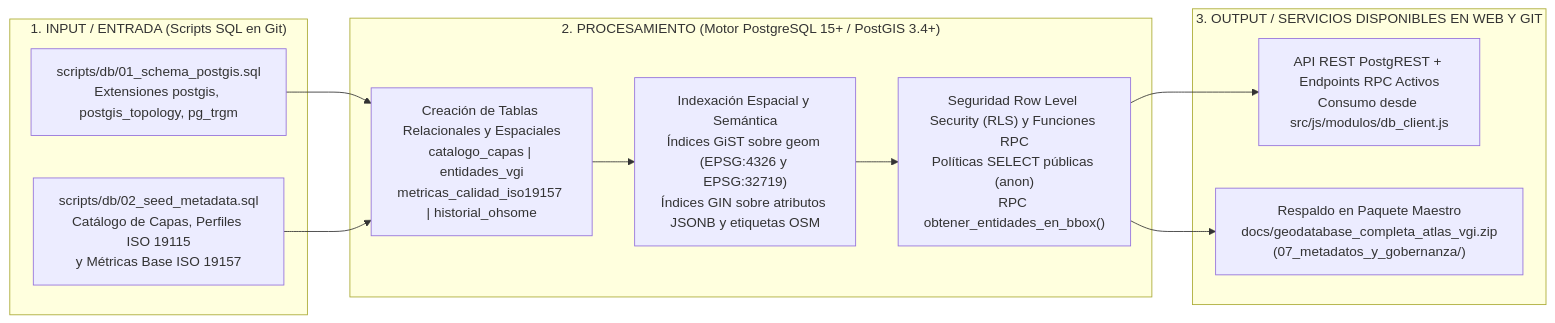
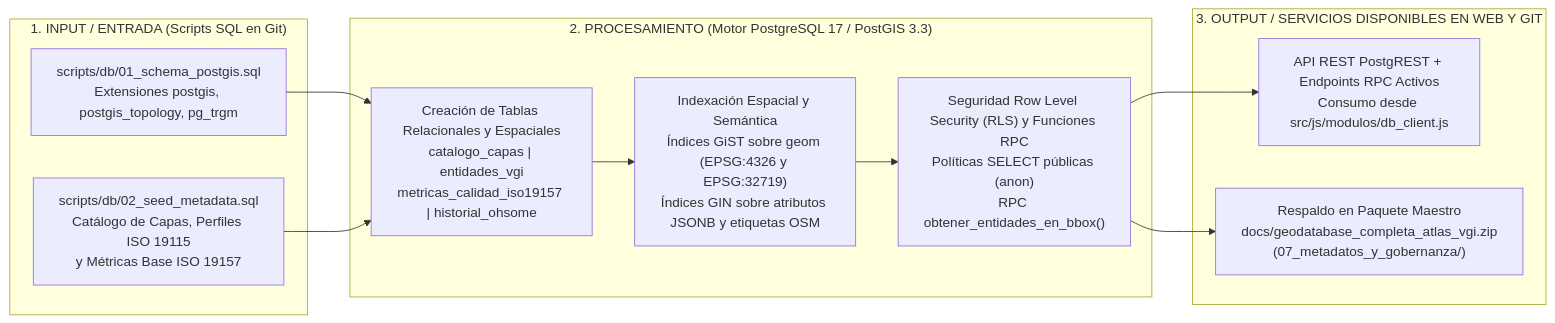
The first of 3 diagrams in docs/GUIA_BASE_DATOS_SUPABASE.md (GEOJOTA/atlas-vgi-barrio-brasil), drawn with Mermaid before and after one commit. The commit also changed other lines of this file and 12 other files, not shown here.

Commit message:
docs: retirar Informe del Proyecto y Diccionario SUBDERE RSD, unificar version PostgreSQL 17/PostGIS 3.3 y limpiar referencias

````diff
--- a/docs/GUIA_BASE_DATOS_SUPABASE.md
+++ b/docs/GUIA_BASE_DATOS_SUPABASE.md
@@ -21,22 +21,22 @@
 ```mermaid
 flowchart LR
     subgraph IN["1. INPUT / ENTRADA (Scripts SQL en Git)"]
         S1["scripts/db/01_schema_postgis.sql<br/>Extensiones postgis, postgis_topology, pg_trgm"]
         S2["scripts/db/02_seed_metadata.sql<br/>Catálogo de Capas, Perfiles ISO 19115<br/>y Métricas Base ISO 19157"]
     end
 
-    subgraph PROC["2. PROCESAMIENTO (Motor PostgreSQL 15+ / PostGIS 3.4+)"]
+    subgraph PROC["2. PROCESAMIENTO (Motor PostgreSQL 17 / PostGIS 3.3)"]
         P1["Creación de Tablas Relacionales y Espaciales<br/>catalogo_capas | entidades_vgi<br/>metricas_calidad_iso19157 | historial_ohsome"]
         P2["Indexación Espacial y Semántica<br/>Índices GiST sobre geom (EPSG:4326 y EPSG:32719)<br/>Índices GIN sobre atributos JSONB y etiquetas OSM"]
         P3["Seguridad Row Level Security (RLS) y Funciones RPC<br/>Políticas SELECT públicas (anon)<br/>RPC obtener_entidades_en_bbox()"]
     end
 
     subgraph OUT["3. OUTPUT / SERVICIOS DISPONIBLES EN WEB Y GIT"]
         O1["API REST PostgREST + Endpoints RPC Activos<br/>Consumo desde src/js/modulos/db_client.js"]
         O2["Respaldo en Paquete Maestro<br/>docs/geodatabase_completa_atlas_vgi.zip<br/>(07_metadatos_y_gobernanza/)"]
     end
 
     S1 --> P1 --> P2 --> P3 --> O1
     S2 --> P1
     P3 --> O2
 ```
````
